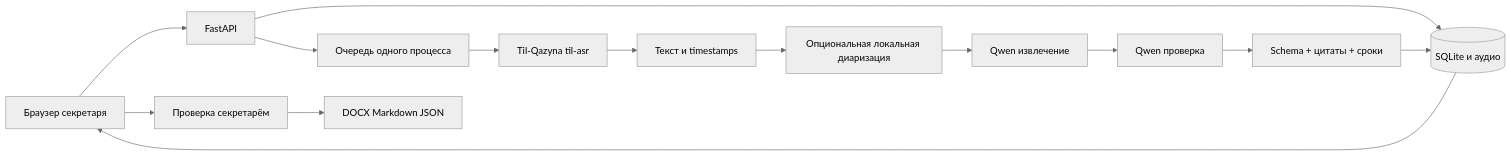
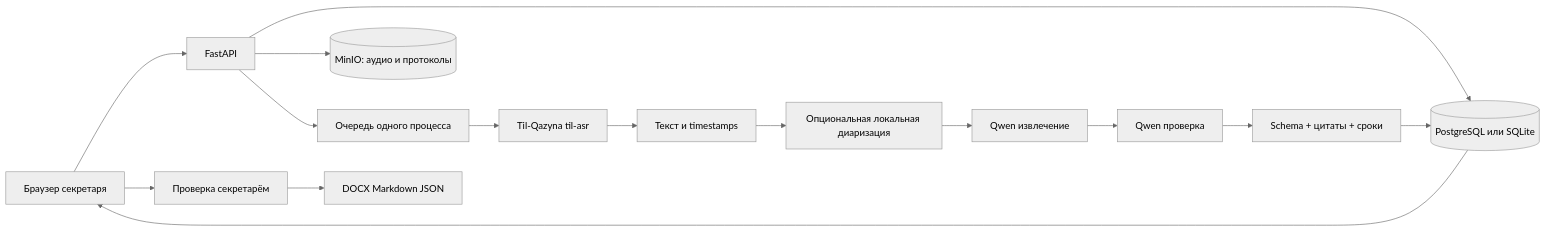
Before and after one commit to BAITC-Hacks/hack-e311b3ab-13lab: the diagram in docs/ARCHITECTURE.md, drawn with Mermaid (neutral theme). The commit also changed other lines of this file and 11 other files, not shown here.

First line of the commit message:
feat(storage): PostgreSQL, MinIO and PDF protocols

````diff
--- a/docs/ARCHITECTURE.md
+++ b/docs/ARCHITECTURE.md
@@ -9,16 +9,17 @@
 ```mermaid
 flowchart LR
     UI[Браузер секретаря] --> API[FastAPI]
-    API --> DB[(SQLite и аудио)]
+    API --> DB[(PostgreSQL или SQLite)]
+    API --> Blobs[(MinIO: аудио и протоколы)]
     API --> Queue[Очередь одного процесса]
     Queue --> ASR[Til-Qazyna til-asr]
     ASR --> Words[Текст и timestamps]
     Words --> Diar[Опциональная локальная диаризация]
     Diar --> Extract[Qwen извлечение]
     Extract --> Review[Qwen проверка]
     Review --> Validate[Schema + цитаты + сроки]
     Validate --> DB
     DB --> UI
     UI --> Human[Проверка секретарём]
     Human --> Export[DOCX Markdown JSON]
 ```
````
